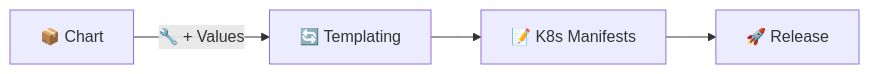
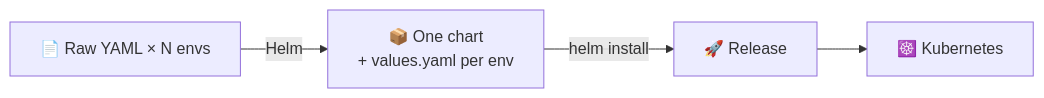
The first of 2 diagrams in lectures/lec10.md (inno-devops-labs/DevOps-Core-Course), drawn with Mermaid before and after one commit. The commit also changed other lines of this file and 24 other files, not shown here.

````diff
--- a/lectures/lec10.md
+++ b/lectures/lec10.md
@@ -184,6 +10,6 @@
 ```mermaid
 flowchart LR
-  Chart[📦 Chart] -->|🔧 + Values| Template[🔄 Templating]
-  Template --> Manifest[📝 K8s Manifests]
-  Manifest --> Release[🚀 Release]
+  YAML[📄 Raw YAML × N envs] -->|Helm| Chart[📦 One chart<br/>+ values.yaml per env]
+  Chart -->|helm install| Release[🚀 Release]
+  Release --> K8s[☸️ Kubernetes]
 ```
````
